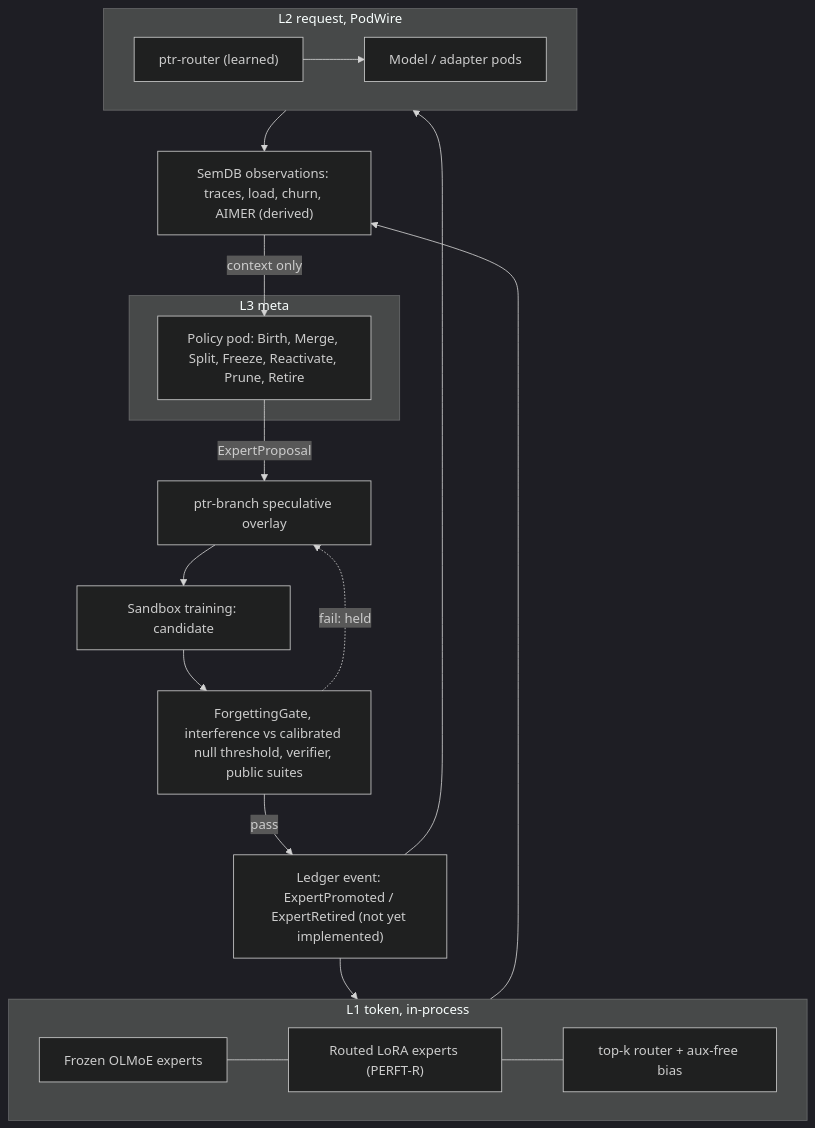
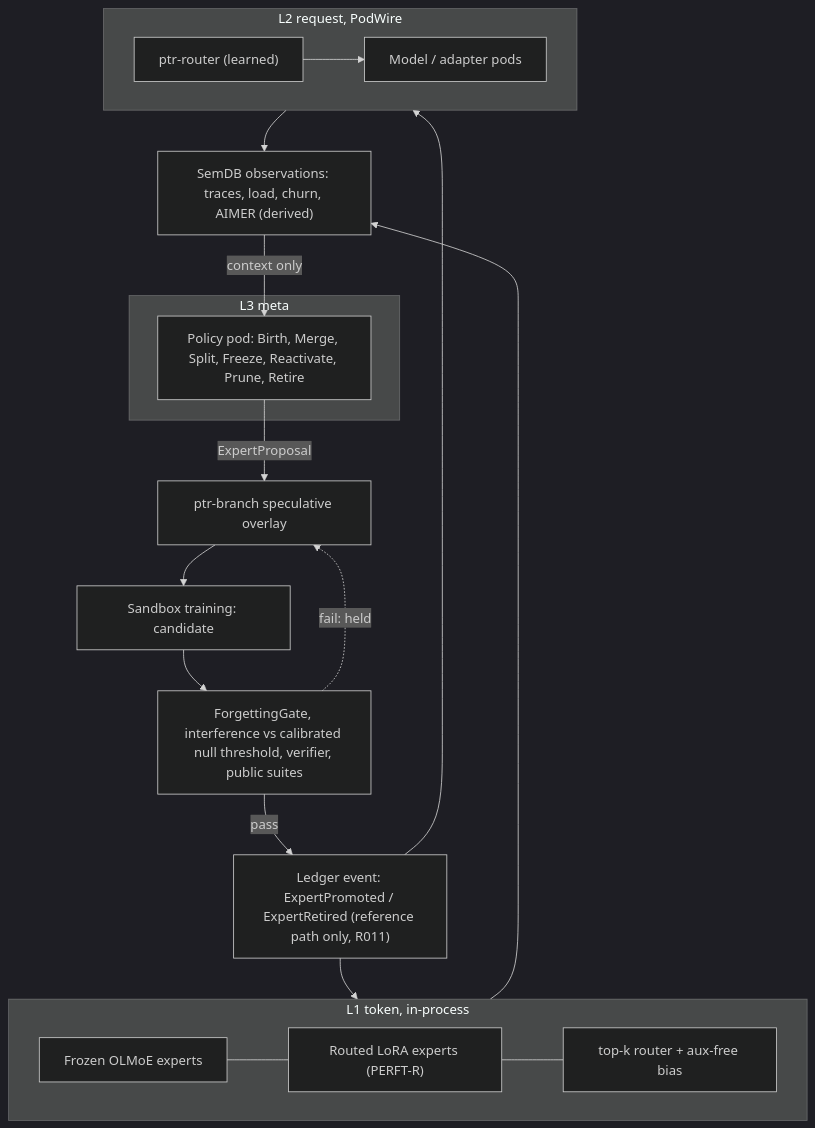
The diagram in docs/architecture/37-pod-moe.md (xrey167/PTR), drawn with Mermaid (dark theme) before and after one commit. The commit also changed other lines of this file and 5 other files, not shown here.

````diff
--- a/docs/architecture/37-pod-moe.md
+++ b/docs/architecture/37-pod-moe.md
@@ -445,23 +445,23 @@
 ```mermaid
 flowchart TB
   subgraph L1["L1 token, in-process"]
     BASE["Frozen OLMoE experts"] --- LORA["Routed LoRA experts (PERFT-R)"]
     LORA --- R1["top-k router + aux-free bias"]
   end
   subgraph L2["L2 request, PodWire"]
     R2["ptr-router (learned)"] --> PODS["Model / adapter pods"]
   end
   subgraph L3["L3 meta"]
     POL["Policy pod: Birth, Merge, Split, Freeze, Reactivate, Prune, Retire"]
   end
   L1 --> OBS["SemDB observations: traces, load, churn, AIMER (derived)"]
   L2 --> OBS
   OBS -->|context only| POL
   POL -->|ExpertProposal| BR["ptr-branch speculative overlay"]
   BR --> TR["Sandbox training: candidate"]
   TR --> GATES["ForgettingGate, interference vs calibrated null threshold, verifier, public suites"]
-  GATES -->|pass| LEDGER["Ledger event: ExpertPromoted / ExpertRetired (not yet implemented)"]
+  GATES -->|pass| LEDGER["Ledger event: ExpertPromoted / ExpertRetired (reference path only, R011)"]
   GATES -.->|fail: held| BR
   LEDGER --> L1
   LEDGER --> L2
 ```
````
